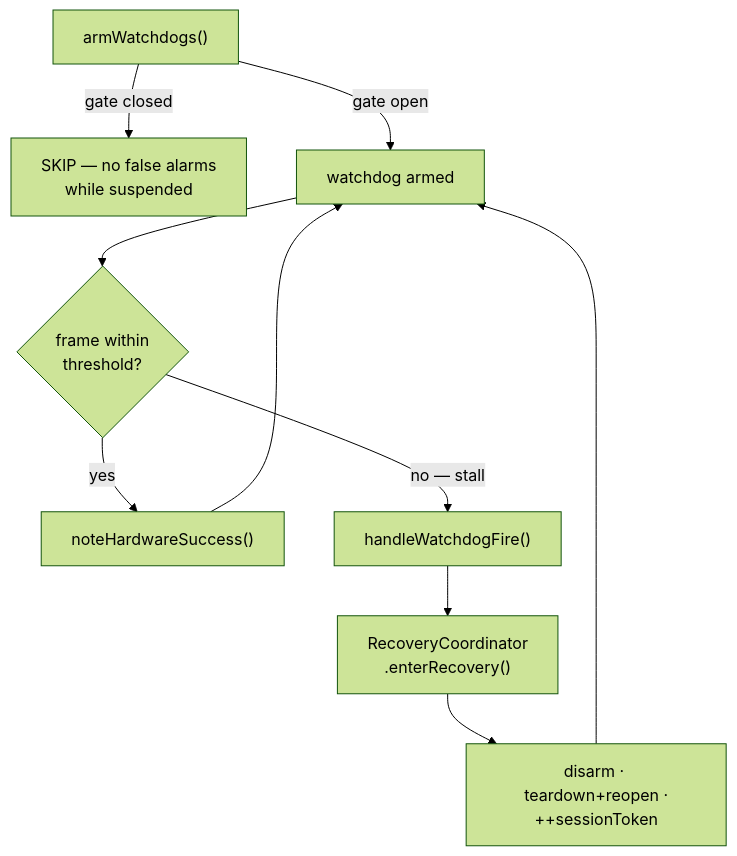
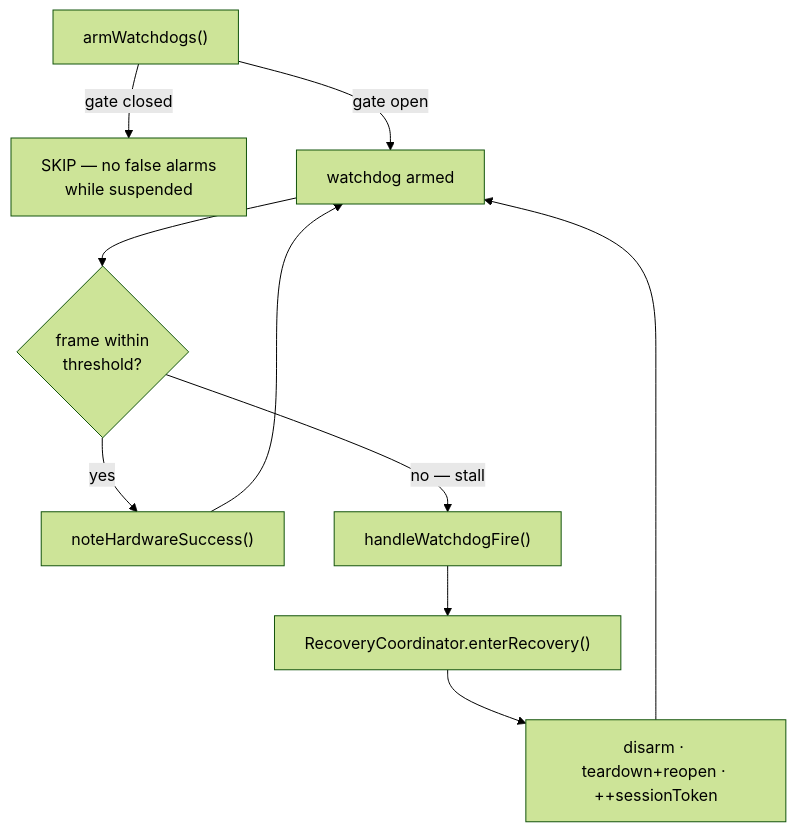
The eighth of 10 diagrams in docs/ios-camera-lifecycle.md (Shreeyak/cambrian-ios-camera), drawn with Mermaid (forest theme) before and after one commit. The commit also changed other lines of this file and 15 other files, not shown here.

````diff
--- a/docs/ios-camera-lifecycle.md
+++ b/docs/ios-camera-lifecycle.md
@@ -322,12 +406,12 @@
 ```mermaid
 flowchart TD
     A["armWatchdogs()"] -->|gate closed| X["SKIP — no false alarms<br/>while suspended"]
     A -->|gate open| B[watchdog armed]
     B --> C{frame within<br/>threshold?}
     C -->|yes| D["noteHardwareSuccess()"]
     D --> B
     C -->|no — stall| E["handleWatchdogFire()"]
-    E --> F["RecoveryCoordinator<br/>.enterRecovery()"]
-    F --> G["disarm · teardown+reopen ·<br/>++sessionToken"]
+    E --> F["RecoveryCoordinator.enterRecovery()"]
+    F --> G["disarm · teardown+reopen · ++sessionToken"]
     G --> B
 ```
````
